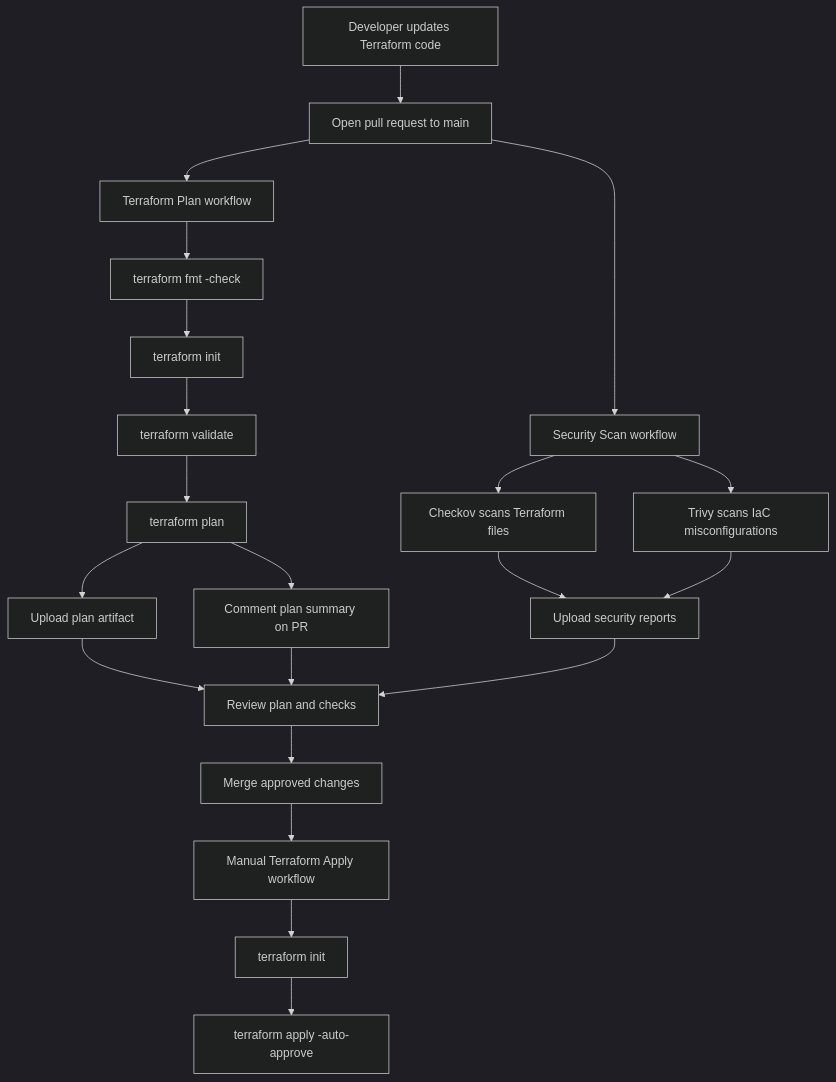
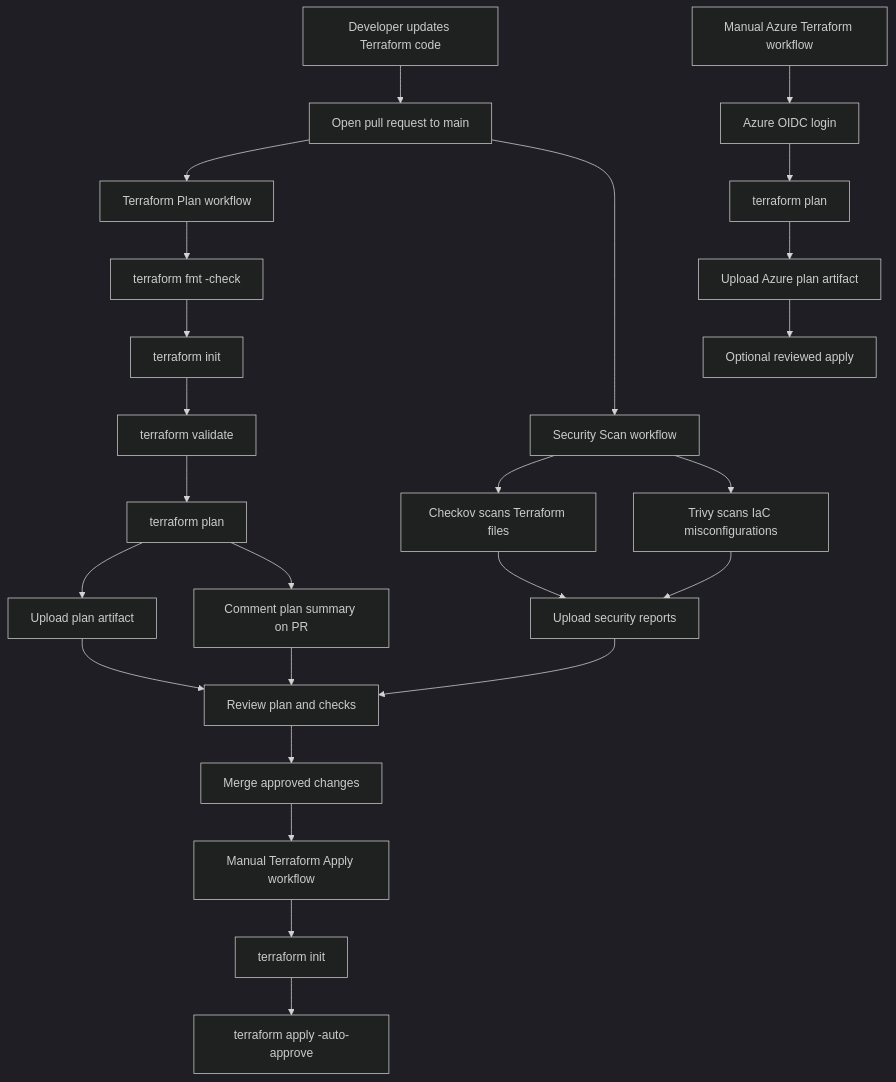
The diagram in README.md (hatimabu/terraform-ci-cd-template), drawn with Mermaid (dark theme) before and after one commit. The commit also changed other lines of this file and 10 other files, not shown here.

Commit message:
feat: add azure terraform example

````diff
--- a/README.md
+++ b/README.md
@@ -54,25 +62,30 @@
 ```mermaid
 flowchart TD
     A["Developer updates Terraform code"] --> B["Open pull request to main"]
     B --> C["Terraform Plan workflow"]
     C --> C1["terraform fmt -check"]
     C1 --> C2["terraform init"]
     C2 --> C3["terraform validate"]
     C3 --> C4["terraform plan"]
     C4 --> C5["Upload plan artifact"]
     C4 --> C6["Comment plan summary on PR"]
 
     B --> D["Security Scan workflow"]
     D --> D1["Checkov scans Terraform files"]
     D --> D2["Trivy scans IaC misconfigurations"]
     D1 --> D3["Upload security reports"]
     D2 --> D3
 
     C5 --> E["Review plan and checks"]
     C6 --> E
     D3 --> E
     E --> F["Merge approved changes"]
     F --> G["Manual Terraform Apply workflow"]
     G --> G1["terraform init"]
     G1 --> G2["terraform apply -auto-approve"]
+
+    H["Manual Azure Terraform workflow"] --> H1["Azure OIDC login"]
+    H1 --> H2["terraform plan"]
+    H2 --> H3["Upload Azure plan artifact"]
+    H3 --> H4["Optional reviewed apply"]
 ```
````
